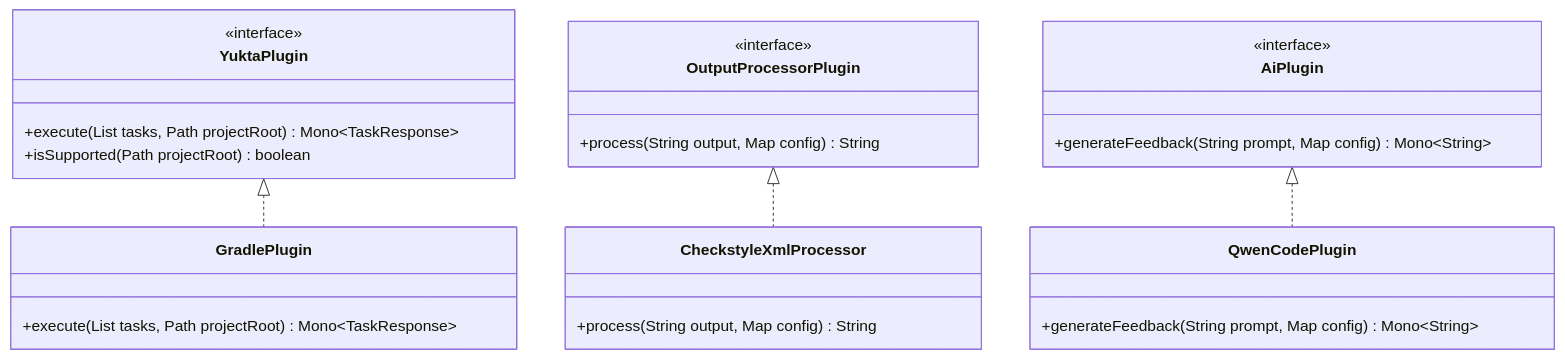
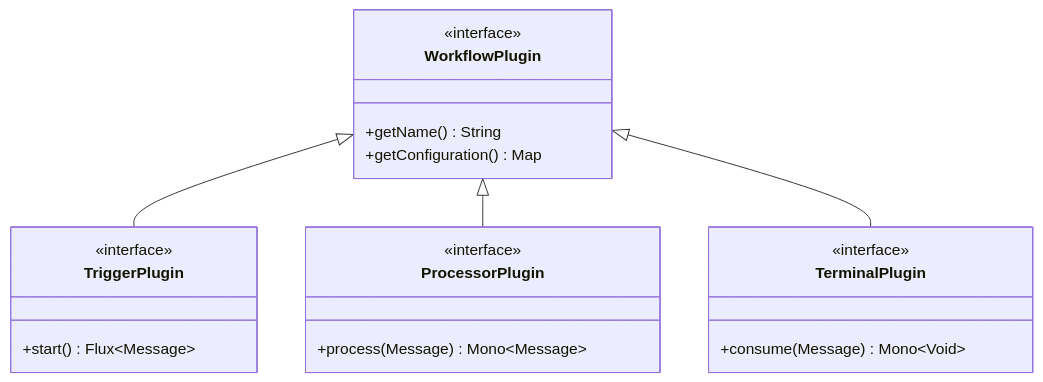
Before and after one commit to infenia/jagratha: the second of 2 diagrams in docs/architecture.md, drawn with Mermaid. The commit also changed other lines of this file and 17 other files, not shown here.

````diff
--- a/docs/architecture.md
+++ b/docs/architecture.md
@@ -56,29 +103,24 @@
 ```mermaid
 classDiagram
-    class YuktaPlugin {
+    class WorkflowPlugin {
         <<interface>>
-        +execute(List tasks, Path projectRoot) Mono~TaskResponse~
-        +isSupported(Path projectRoot) boolean
+        +getName() String
+        +getConfiguration() Map
     }
-    class GradlePlugin {
-        +execute(List tasks, Path projectRoot) Mono~TaskResponse~
+    class TriggerPlugin {
+        <<interface>>
+        +start() Flux~Message~
     }
-    class OutputProcessorPlugin {
+    class ProcessorPlugin {
         <<interface>>
-        +process(String output, Map config) String
+        +process(Message) Mono~Message~
     }
-    class CheckstyleXmlProcessor {
-        +process(String output, Map config) String
-    }
-    class AiPlugin {
+    class TerminalPlugin {
         <<interface>>
-        +generateFeedback(String prompt, Map config) Mono~String~
-    }
-    class QwenCodePlugin {
-        +generateFeedback(String prompt, Map config) Mono~String~
+        +consume(Message) Mono~Void~
     }
 
-    YuktaPlugin <|.. GradlePlugin
-    OutputProcessorPlugin <|.. CheckstyleXmlProcessor
-    AiPlugin <|.. QwenCodePlugin
+    WorkflowPlugin <|-- TriggerPlugin
+    WorkflowPlugin <|-- ProcessorPlugin
+    WorkflowPlugin <|-- TerminalPlugin
 ```
````
